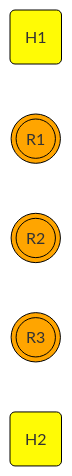
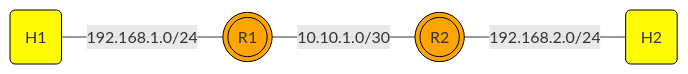
The diagram in README.md (daniadrian/static-routing-mininet), drawn with Mermaid before and after one commit.

````diff
--- a/README.md
+++ b/README.md
@@ -26,16 +26,22 @@
 ```mermaid
 graph LR;
 %%Colors
 
 classDef host fill:#fffb05, stroke:#000000;
 classDef switch fill:#1fd655, stroke:#000000;
 classDef router fill:#ffa500, stroke:#000000;
 
 %%element
 h1(H1):::host
 r1(((R1))):::router
 r2(((R2))):::router
-r3(((R3))):::router
 h2(H2):::host
 
+
+%%connectivity
+
+h1 -- 192.168.1.0/24 --- r1
+r1 -- 10.10.1.0/30 --- r2
+r2 -- 192.168.2.0/24 --- h2
+
 ```
````
